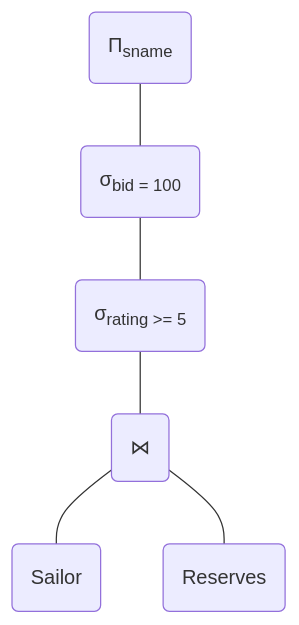
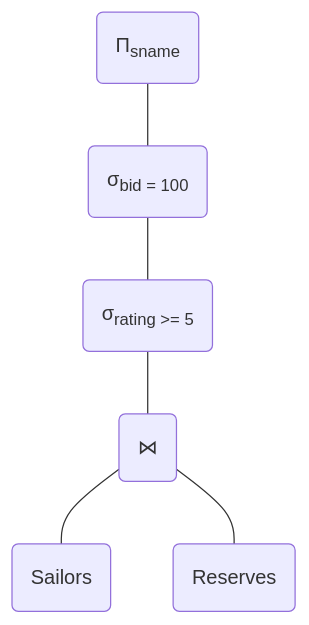
Before and after one commit to sutd50043/cohortclass: the first of 9 diagrams in cc8.md, drawn with Mermaid. The commit also changed other lines of this file, not shown here.

````diff
--- a/cc8.md
+++ b/cc8.md
@@ -190,8 +190,8 @@
 ```mermaid
 graph
 a("&Pi;<sub>sname</sub>") --- b
 b("&sigma;<sub>bid = 100</sub>")  --- c
 c("&sigma;<sub>rating >= 5 </sub>") --- d
-d("&bowtie;") --- e("Sailor")
+d("&bowtie;") --- e("Sailors")
 d("&bowtie;") --- f("Reserves")
 ```
````
